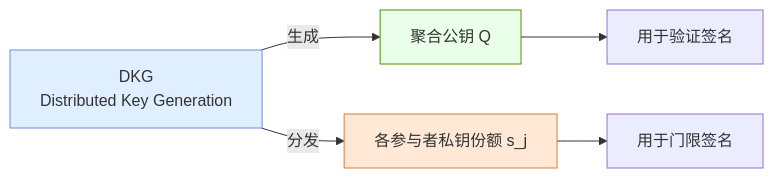
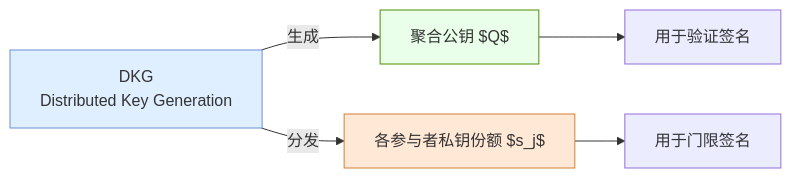
One commit to davidLeeeeeeeeeeee/dex changed the first of 7 diagrams in frost/dkg.md. Above: the diagram before and after it, drawn with Mermaid. The commit also changed other lines of this file, not shown here.

````diff
--- a/frost/dkg.md
+++ b/frost/dkg.md
@@ -5,12 +5,12 @@
 ```mermaid
 flowchart LR
-    A[DKG<br>Distributed Key Generation] -->|生成| B[聚合公钥 Q]
-    A -->|分发| C[各参与者私钥份额 s_j]
+    A[DKG<br>Distributed Key Generation] -->|生成| B[聚合公钥 $Q$]
+    A -->|分发| C[各参与者私钥份额 $s_j$]
     
     B --> D[用于验证签名]
     C --> E[用于门限签名]
     
     style A fill:#dfefff,stroke:#6b8fd6
     style B fill:#eaffea,stroke:#4f8f00
     style C fill:#ffe8d6,stroke:#d67f35
 ```
````
